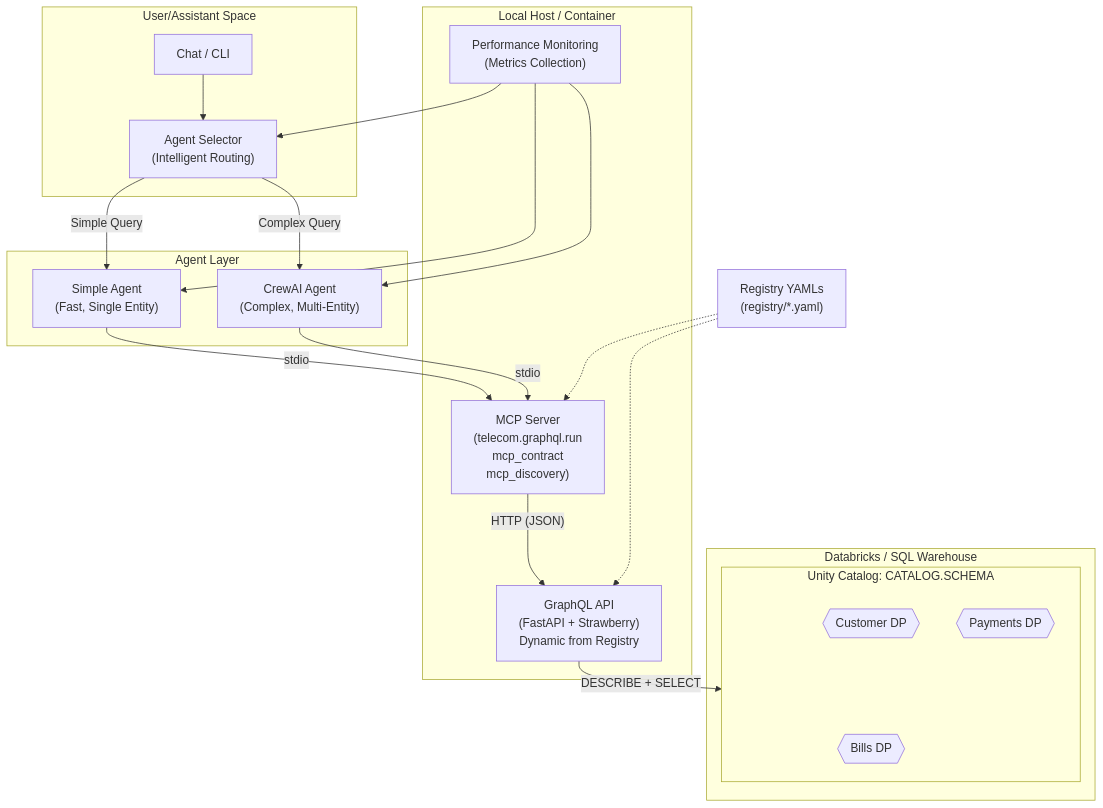
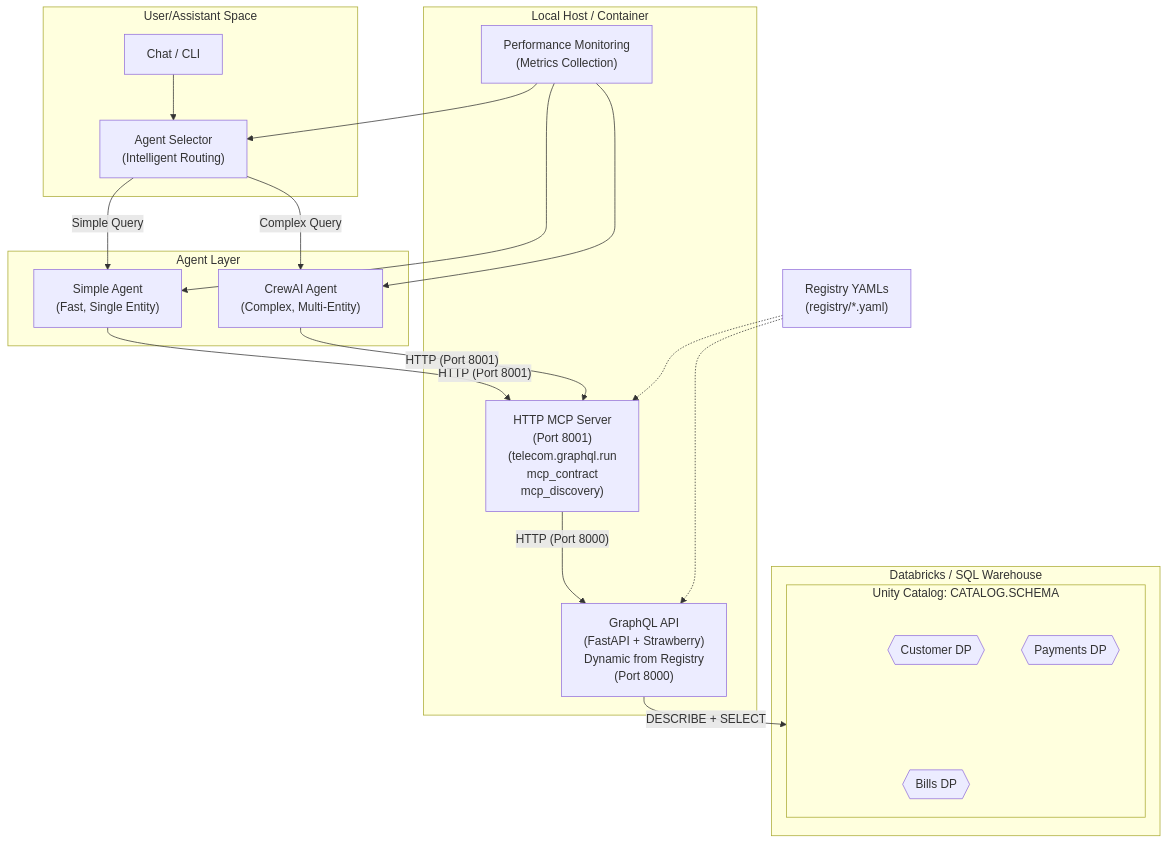
One commit to pmsrao/io-telco changed the first of 5 diagrams in docs/architecture_v2.md. Above: the diagram before and after it, drawn with Mermaid. The commit also changed other lines of this file and 39 other files, not shown here.

Commit message:
Clean up old files and implement HTTP-based MCP communication

````diff
--- a/docs/architecture_v2.md
+++ b/docs/architecture_v2.md
@@ -43,46 +45,46 @@
 ```mermaid
 flowchart TD
   subgraph UserSpace["User/Assistant Space"]
     UI["Chat / CLI"]
     AS["Agent Selector<br/>(Intelligent Routing)"]
   end
 
   subgraph AgentLayer["Agent Layer"]
     SA["Simple Agent<br/>(Fast, Single Entity)"]
     CA["CrewAI Agent<br/>(Complex, Multi-Entity)"]
   end
 
   subgraph Host["Local Host / Container"]
-    MCP["MCP Server<br/>(telecom.graphql.run<br/>mcp_contract<br/>mcp_discovery)"]
-    GQL["GraphQL API<br/>(FastAPI + Strawberry)<br/>Dynamic from Registry"]
+    MCP["HTTP MCP Server<br/>(Port 8001)<br/>(telecom.graphql.run<br/>mcp_contract<br/>mcp_discovery)"]
+    GQL["GraphQL API<br/>(FastAPI + Strawberry)<br/>Dynamic from Registry<br/>(Port 8000)"]
     MON["Performance Monitoring<br/>(Metrics Collection)"]
   end
 
   subgraph DBX["Databricks / SQL Warehouse"]
     subgraph UC["Unity Catalog: CATALOG.SCHEMA"]
       DP_C{{Customer DP}}
       DP_P{{Payments DP}}
       DP_B{{Bills DP}}
     end
   end
 
   REG["Registry YAMLs<br/>(registry/*.yaml)"]
 
   UI --> AS
   AS -->|Simple Query| SA
   AS -->|Complex Query| CA
-  SA -- stdio --> MCP
-  CA -- stdio --> MCP
-  MCP -- HTTP (JSON) --> GQL
+  SA -- HTTP (Port 8001) --> MCP
+  CA -- HTTP (Port 8001) --> MCP
+  MCP -- HTTP (Port 8000) --> GQL
   GQL -- DESCRIBE + SELECT --> UC
   MON --> AS
   MON --> SA
   MON --> CA
 
   DP_C --- UC
   DP_P --- UC
   DP_B --- UC
 
   REG -.-> GQL
   REG -.-> MCP
 ```
````
